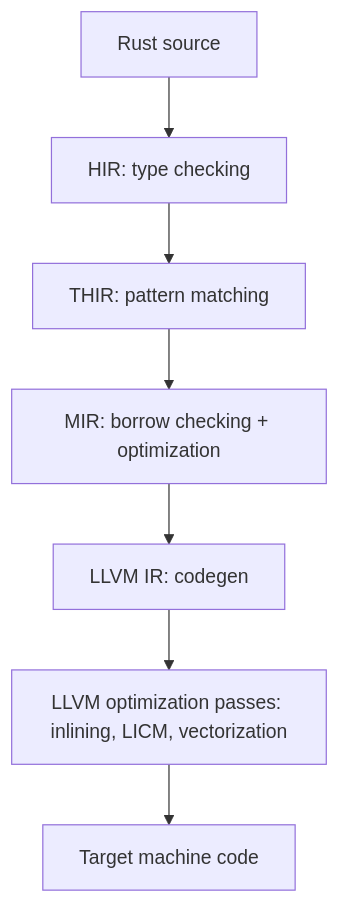
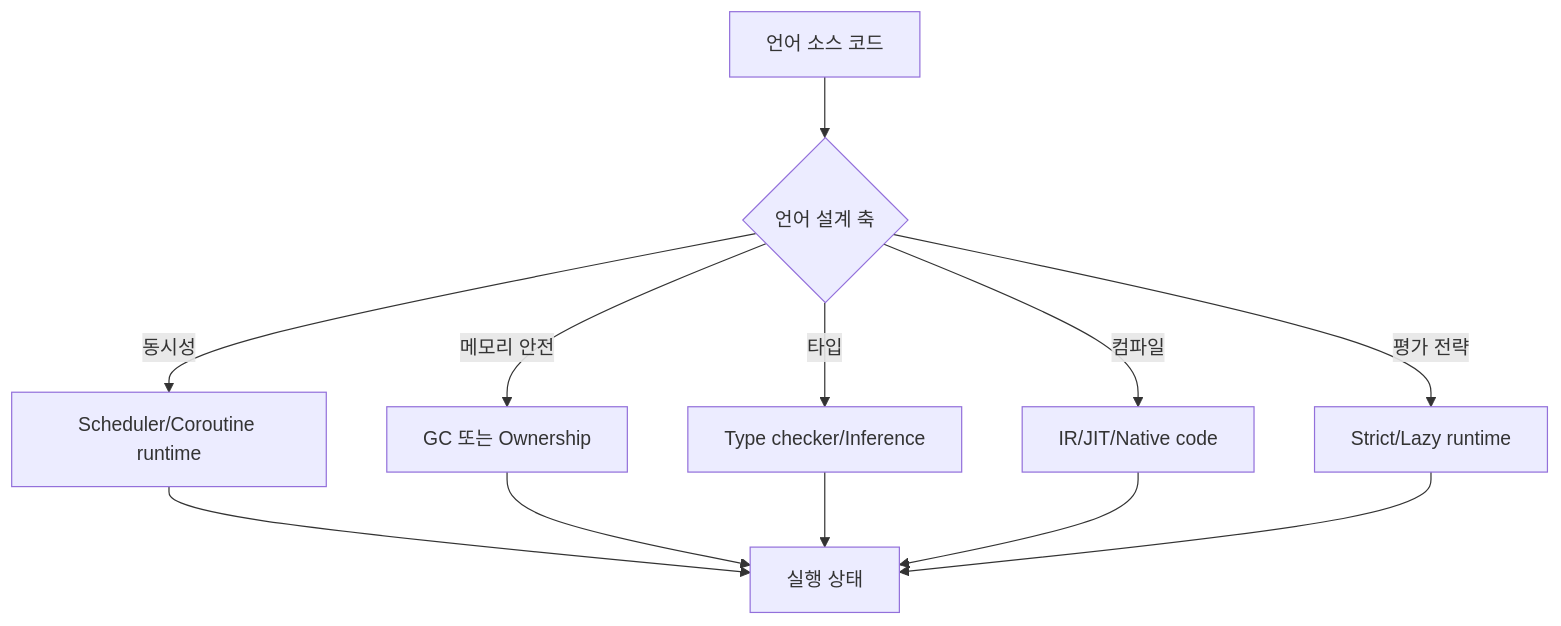
The first of 2 diagrams in content/docs/books/cs-reference/ko/programming-languages-internals.md (choisimo/document), drawn with Mermaid before and after one commit. The commit also changed other lines of this file and 399 other files, not shown here.

````diff
--- a/content/docs/books/cs-reference/ko/programming-languages-internals.md
+++ b/content/docs/books/cs-reference/ko/programming-languages-internals.md
@@ -189,9 +26,14 @@
 ```mermaid
 flowchart TD
-    Rust[Rust source] --> HIR[HIR: type checking]
-    HIR --> THIR[THIR: pattern matching]
-    THIR --> MIR[MIR: borrow checking + optimization]
-    MIR --> LLVMIR[LLVM IR: codegen]
-    LLVMIR --> Passes[LLVM optimization passes: inlining, LICM, vectorization]
-    Passes --> MachineCode[Target machine code]
+    A[언어 소스 코드] --> B{언어 설계 축}
+    B -->|동시성| C[Scheduler/Coroutine runtime]
+    B -->|메모리 안전| D[GC 또는 Ownership]
+    B -->|타입| E[Type checker/Inference]
+    B -->|컴파일| F[IR/JIT/Native code]
+    B -->|평가 전략| G[Strict/Lazy runtime]
+    C --> H[실행 상태]
+    D --> H
+    E --> H
+    F --> H
+    G --> H
 ```
````
